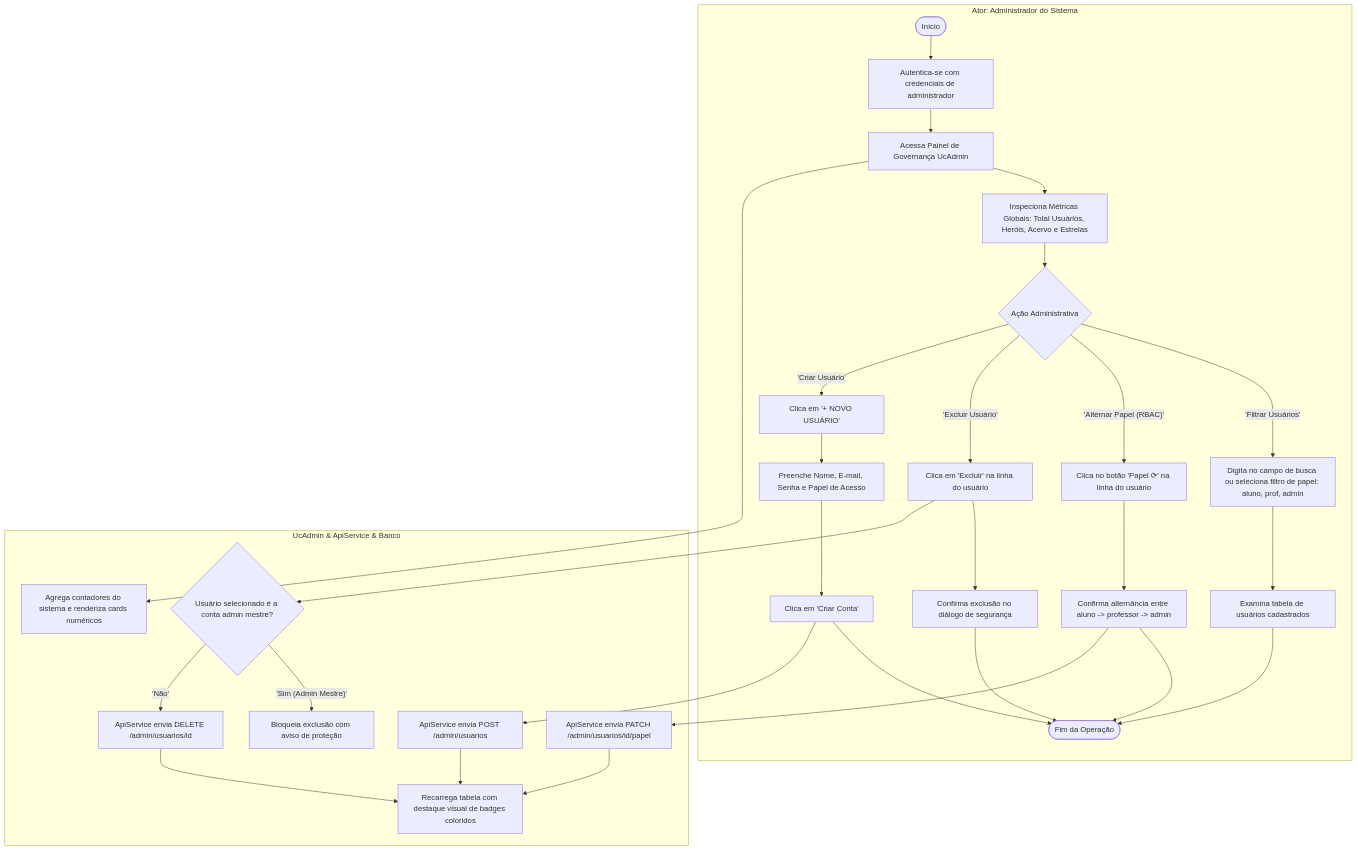
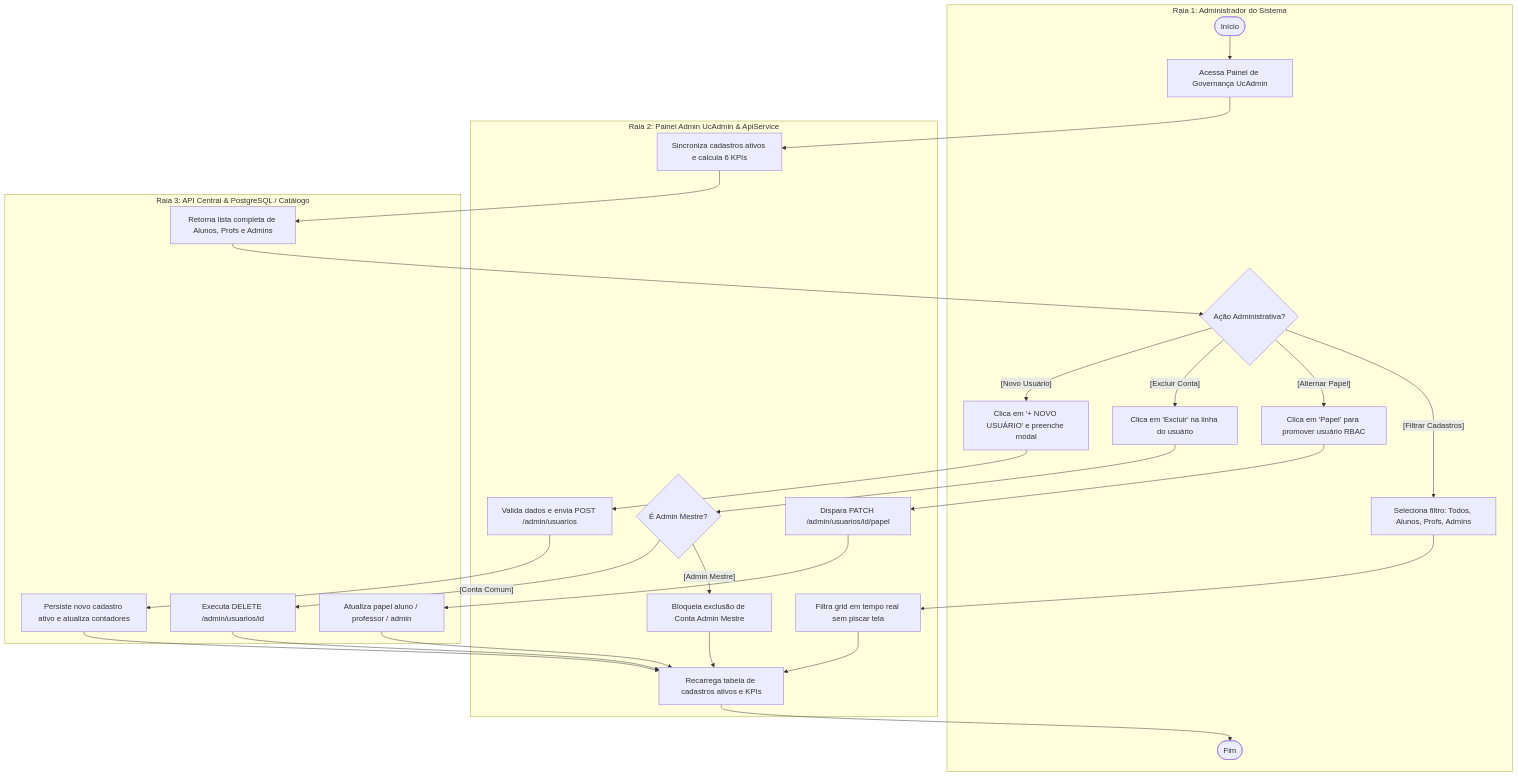
One commit to Pim-Unip2025/desktop changed the fifth of 6 diagrams in DiagramaDeAtividades.md. Above: the diagram before and after it, drawn with Mermaid. The commit also changed other lines of this file and 66 other files, not shown here.

Commit message:
feat(desktop): adiciona Setup/QA Runner com teste de rede, acessibilidade tipografica, listagem completa no Admin e reorganiza diagramas UML (Classes, Atividades e Sequencia)

````diff
--- a/DiagramaDeAtividades.md
+++ b/DiagramaDeAtividades.md
@@ -338,47 +237,38 @@
 ```mermaid
 flowchart TD
-    subgraph Administrador [Ator: Administrador do Sistema]
-        Adm_Start([Início]) --> Adm_Login[Autentica-se com credenciais de administrador]
-        Adm_Login --> Adm_Panel[Acessa Painel de Governança UcAdmin]
-        Adm_Panel --> Adm_InspectKPIs[Inspeciona Métricas Globais: Total Usuários, Heróis, Acervo e Estrelas]
-        
-        Adm_InspectKPIs --> Adm_Action{Ação Administrativa}
-        
-        Adm_Action -- 'Filtrar Usuários' --> Adm_Filter[Digita no campo de busca ou seleciona filtro de papel: aluno, prof, admin]
-        Adm_Filter --> Adm_InspectList[Examina tabela de usuários cadastrados]
-        
-        Adm_Action -- 'Alternar Papel (RBAC)' --> Adm_ClickRole[Clica no botão 'Papel ⟳' na linha do usuário]
-        Adm_ClickRole --> Adm_ConfirmRole[Confirma alternância entre aluno -> professor -> admin]
-        
-        Adm_Action -- 'Excluir Usuário' --> Adm_ClickDel[Clica em 'Excluir' na linha do usuário]
-        Adm_ClickDel --> Adm_ConfirmDel[Confirma exclusão no diálogo de segurança]
-        
-        Adm_Action -- 'Criar Usuário' --> Adm_ClickNew[Clica em '+ NOVO USUÁRIO']
-        Adm_ClickNew --> Adm_FillModal[Preenche Nome, E-mail, Senha e Papel de Acesso]
-        Adm_FillModal --> Adm_SaveModal[Clica em 'Criar Conta']
-        
-        Adm_InspectList & Adm_ConfirmRole & Adm_ConfirmDel & Adm_SaveModal --> Adm_End([Fim da Operação])
+    subgraph Admin [Raia 1: Administrador do Sistema]
+        Ad_Init([Início]) --> Ad_Open[Acessa Painel de Governança UcAdmin]
+        Ad_Dec{Ação Administrativa?}
+        Ad_Flt[Seleciona filtro: Todos, Alunos, Profs, Admins]
+        Ad_Role[Clica em 'Papel' para promover usuário RBAC]
+        Ad_Del[Clica em 'Excluir' na linha do usuário]
+        Ad_New[Clica em '+ NOVO USUÁRIO' e preenche modal]
+        Ad_End([Fim])
     end
 
-    subgraph AdminSystem [UcAdmin & ApiService & Banco]
-        S_LoadMetrics[Agrega contadores do sistema e renderiza cards numéricos]
-        S_CheckSelfDel{Usuário selecionado é a conta admin mestre?}
-        S_BlockDel[Bloqueia exclusão com aviso de proteção]
-        S_ExecDel[ApiService envia DELETE /admin/usuarios/id]
-        S_UpdateRole[ApiService envia PATCH /admin/usuarios/id/papel]
-        S_CreateUser[ApiService envia POST /admin/usuarios]
-        S_ReloadGrid[Recarrega tabela com destaque visual de badges coloridos]
+    subgraph Painel [Raia 2: Painel Admin UcAdmin & ApiService]
+        S5_Kpi[Sincroniza cadastros ativos e calcula 6 KPIs]
+        S5_Flt[Filtra grid em tempo real sem piscar tela]
+        S5_Role[Dispara PATCH /admin/usuarios/id/papel]
+        S5_DecM{É Admin Mestre?}
+        S5_Blk[Bloqueia exclusão de Conta Admin Mestre]
+        S5_New[Valida dados e envia POST /admin/usuarios]
+        S5_Ref[Recarrega tabela de cadastros ativos e KPIs]
     end
 
-    Adm_Panel --> S_LoadMetrics
-    Adm_ClickDel --> S_CheckSelfDel
-    S_CheckSelfDel -- 'Sim (Admin Mestre)' --> S_BlockDel
-    S_CheckSelfDel -- 'Não' --> S_ExecDel
-    S_ExecDel --> S_ReloadGrid
-    
-    Adm_ConfirmRole --> S_UpdateRole
-    S_UpdateRole --> S_ReloadGrid
-    
-    Adm_SaveModal --> S_CreateUser
-    S_CreateUser --> S_ReloadGrid
+    subgraph Backend [Raia 3: API Central & PostgreSQL / Catálogo]
+        B5_List[Retorna lista completa de Alunos, Profs e Admins]
+        B5_Role[Atualiza papel aluno / professor / admin]
+        B5_Del[Executa DELETE /admin/usuarios/id]
+        B5_New[Persiste novo cadastro ativo e atualiza contadores]
+    end
+
+    Ad_Open --> S5_Kpi --> B5_List --> Ad_Dec
+    Ad_Dec -- "[Filtrar Cadastros]" --> Ad_Flt --> S5_Flt --> S5_Ref
+    Ad_Dec -- "[Alternar Papel]" --> Ad_Role --> S5_Role --> B5_Role --> S5_Ref
+    Ad_Dec -- "[Excluir Conta]" --> Ad_Del --> S5_DecM
+    S5_DecM -- "[Admin Mestre]" --> S5_Blk --> S5_Ref
+    S5_DecM -- "[Conta Comum]" --> B5_Del --> S5_Ref
+    Ad_Dec -- "[Novo Usuário]" --> Ad_New --> S5_New --> B5_New --> S5_Ref
+    S5_Ref --> Ad_End
 ```
````
